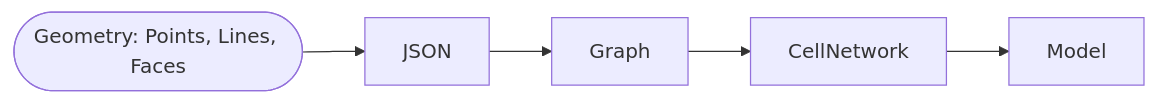
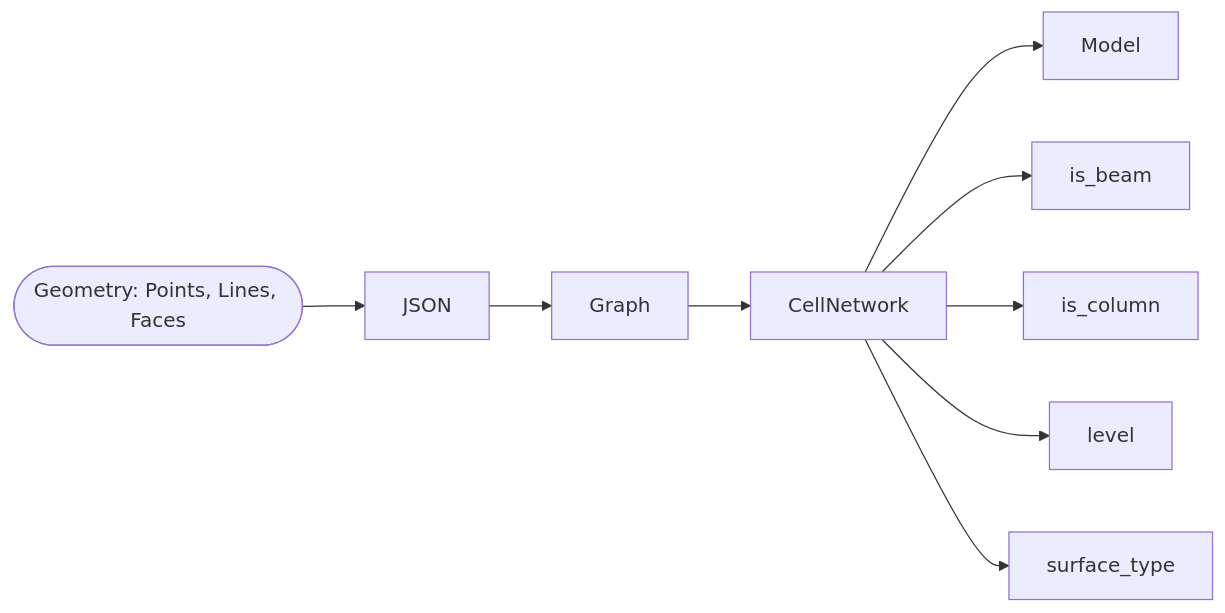
Before and after one commit to BRG-research/compas_grid: the diagram in README.md, drawn with Mermaid.

````diff
--- a/README.md
+++ b/README.md
@@ -7,7 +7,11 @@
 ```mermaid
 flowchart LR
     Geometry([Geometry: Points, Lines, Faces])-->JSON;
     JSON-->Graph;
     Graph-->CellNetwork;
     CellNetwork-->Model;
+    CellNetwork-->is_beam;
+    CellNetwork-->is_column;
+    CellNetwork-->level;
+    CellNetwork-->surface_type;
 ```
````
